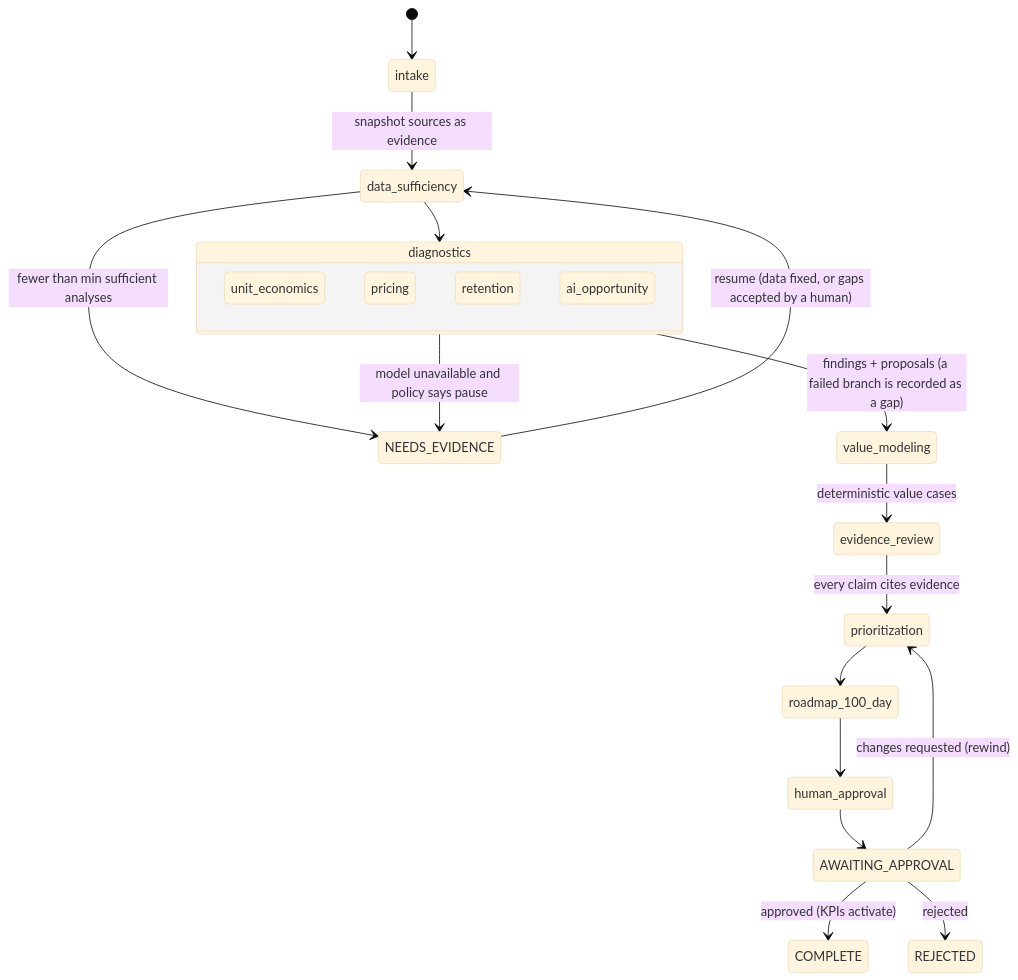
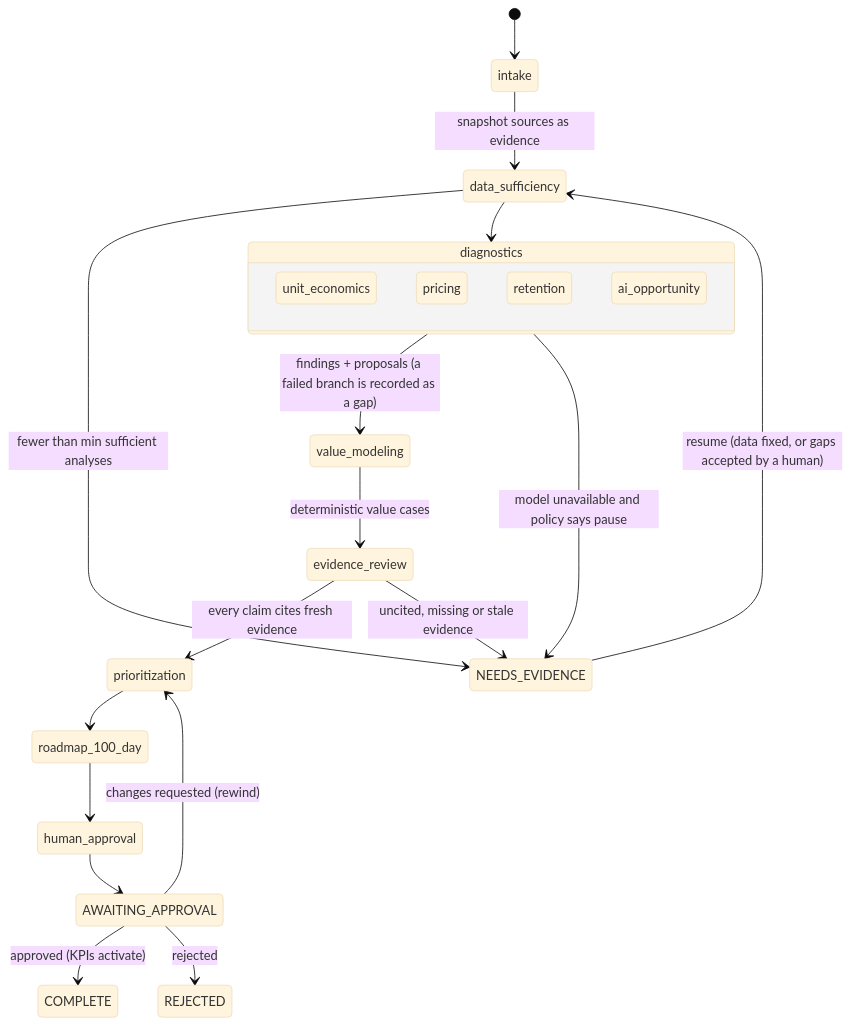
Before and after one commit to ahines99/pe-value-creation-os: the second of 2 diagrams in docs/architecture.md, drawn with Mermaid (base theme). The commit also changed other lines of this file and 2 other files, not shown here.

Commit message:
Docs: per-ticket roadmap status, handoff revision 3, architecture corrections

````diff
--- a/docs/architecture.md
+++ b/docs/architecture.md
@@ -68,24 +68,25 @@
 ```mermaid
 stateDiagram-v2
     [*] --> intake
     intake --> data_sufficiency: snapshot sources as evidence
     data_sufficiency --> NEEDS_EVIDENCE: fewer than min sufficient analyses
     data_sufficiency --> diagnostics
     state diagnostics {
         unit_economics
         pricing
         retention
         ai_opportunity
     }
     diagnostics --> value_modeling: findings + proposals (a failed branch is recorded as a gap)
     diagnostics --> NEEDS_EVIDENCE: model unavailable and policy says pause
     value_modeling --> evidence_review: deterministic value cases
-    evidence_review --> prioritization: every claim cites evidence
+    evidence_review --> prioritization: every claim cites fresh evidence
+    evidence_review --> NEEDS_EVIDENCE: uncited, missing or stale evidence
     prioritization --> roadmap_100_day
     roadmap_100_day --> human_approval
     human_approval --> AWAITING_APPROVAL
     AWAITING_APPROVAL --> COMPLETE: approved (KPIs activate)
     AWAITING_APPROVAL --> REJECTED: rejected
     AWAITING_APPROVAL --> prioritization: changes requested (rewind)
     NEEDS_EVIDENCE --> data_sufficiency: resume (data fixed, or gaps accepted by a human)
 ```
````
